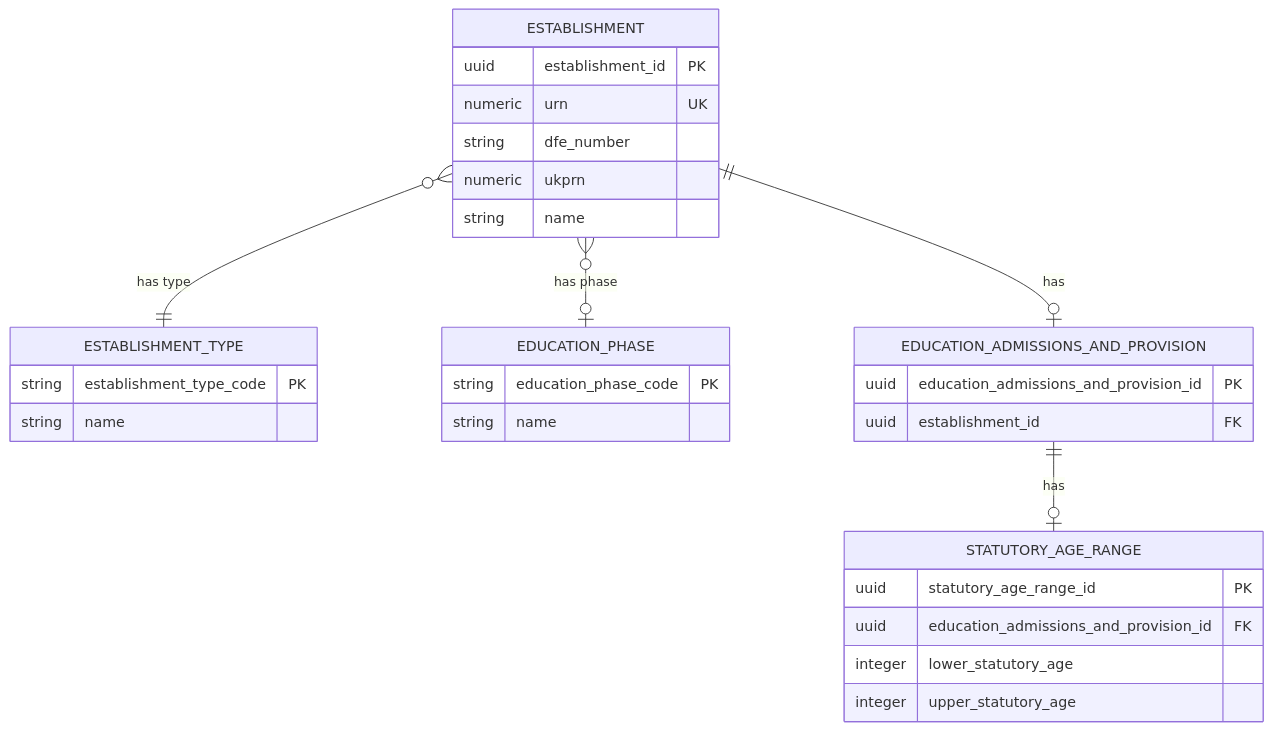
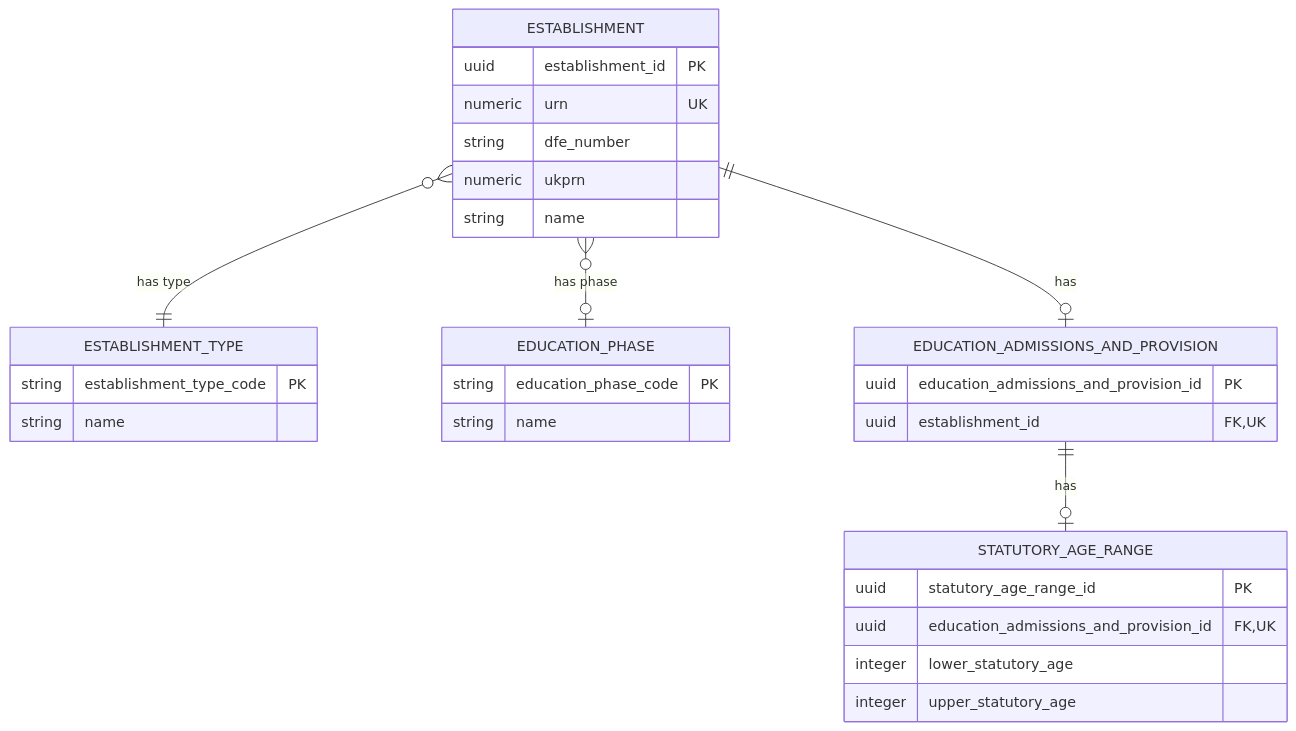
One commit to DFE-Digital/education-provider-registry-docs changed the diagram in models/logical/basic-establishment-data-logical-model.md. Above: the diagram before and after it, drawn with Mermaid. The commit also changed 1 other file, not shown here.

Commit message:
logical model

````diff
--- a/models/logical/basic-establishment-data-logical-model.md
+++ b/models/logical/basic-establishment-data-logical-model.md
@@ -34,37 +34,37 @@
 ```mermaid
 erDiagram
     ESTABLISHMENT }o--|| ESTABLISHMENT_TYPE : "has type"
     ESTABLISHMENT }o--o| EDUCATION_PHASE : "has phase"
     ESTABLISHMENT ||--o| EDUCATION_ADMISSIONS_AND_PROVISION : "has"
     EDUCATION_ADMISSIONS_AND_PROVISION ||--o| STATUTORY_AGE_RANGE : "has"
 
     ESTABLISHMENT {
         uuid establishment_id PK
         numeric urn UK
         string dfe_number
         numeric ukprn
         string name
     }
 
     ESTABLISHMENT_TYPE {
         string establishment_type_code PK
         string name
     }
 
     EDUCATION_PHASE {
         string education_phase_code PK
         string name
     }
 
     EDUCATION_ADMISSIONS_AND_PROVISION {
         uuid education_admissions_and_provision_id PK
-        uuid establishment_id FK
+        uuid establishment_id FK, UK
     }
 
     STATUTORY_AGE_RANGE {
         uuid statutory_age_range_id PK
-        uuid education_admissions_and_provision_id FK
+        uuid education_admissions_and_provision_id FK, UK
         integer lower_statutory_age
         integer upper_statutory_age
     }
 ```
````
